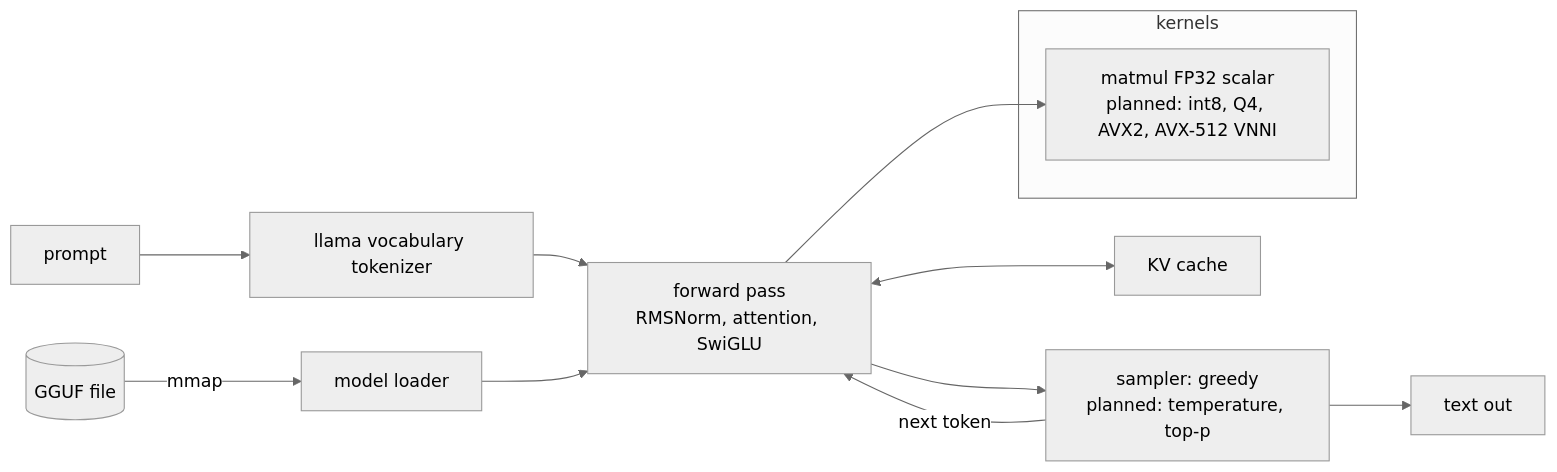
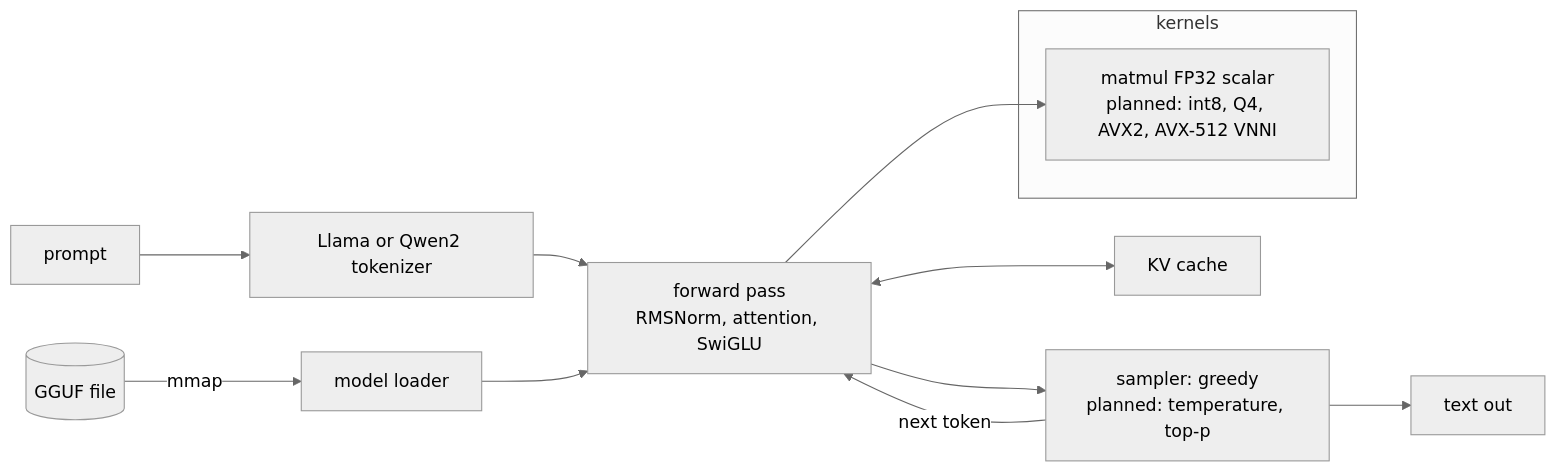
Before and after one commit to DanielMellen-University/Neuron: the diagram in README.md, drawn with Mermaid (neutral theme). The commit also changed other lines of this file and 5 other files, not shown here.

````diff
--- a/README.md
+++ b/README.md
@@ -85,15 +106,15 @@
 ```mermaid
 flowchart LR
-  P[prompt] --> T[llama vocabulary tokenizer]
+  P[prompt] --> T[Llama or Qwen2 tokenizer]
   G[(GGUF file)] -->|mmap| L[model loader]
   T --> F
   L --> F[forward pass<br/>RMSNorm, attention, SwiGLU]
   F <--> K[KV cache]
   F --> S[sampler: greedy<br/>planned: temperature, top-p]
   S -->|next token| F
   S --> O[text out]
   subgraph kernels
     M[matmul FP32 scalar<br/>planned: int8, Q4, AVX2, AVX-512 VNNI]
   end
   F --> M
 ```
````
